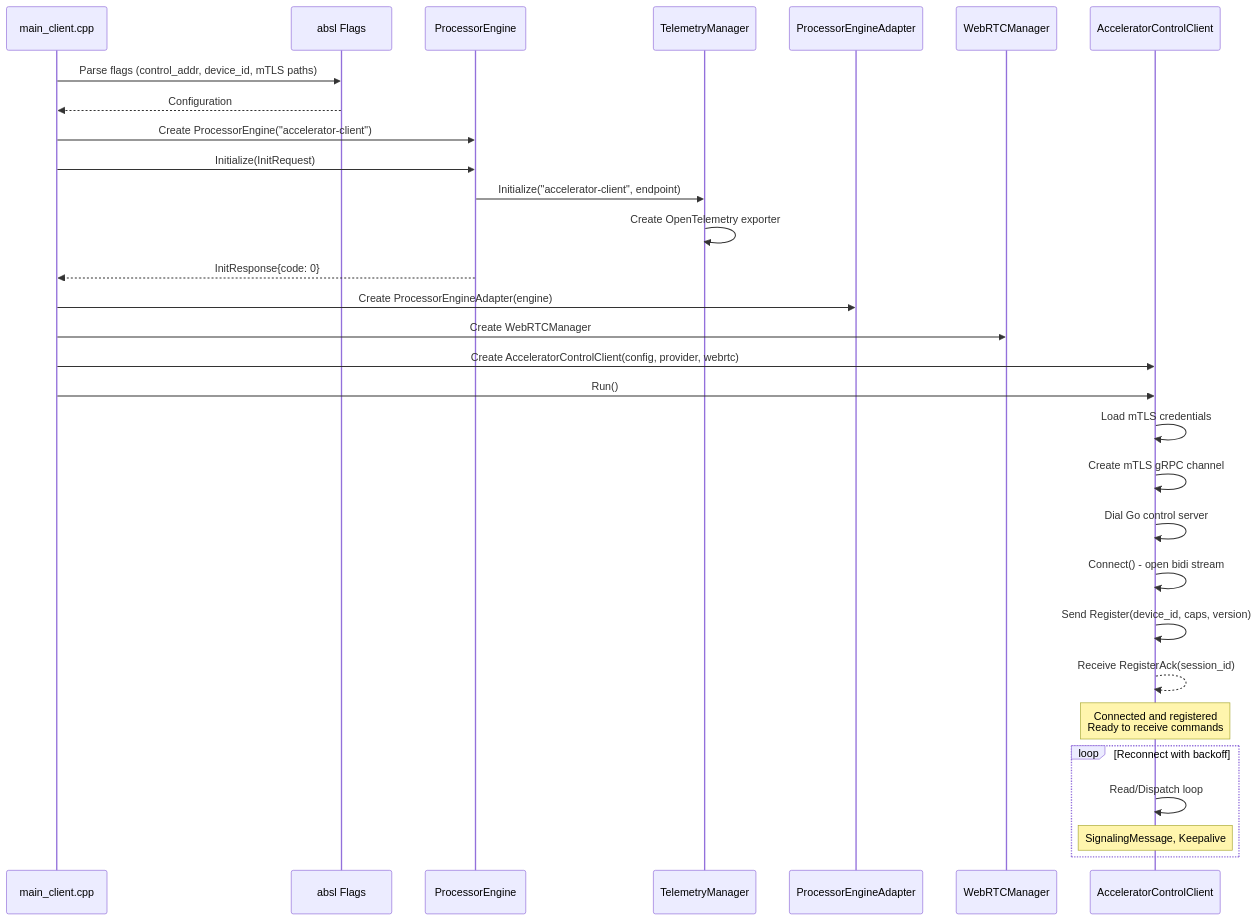
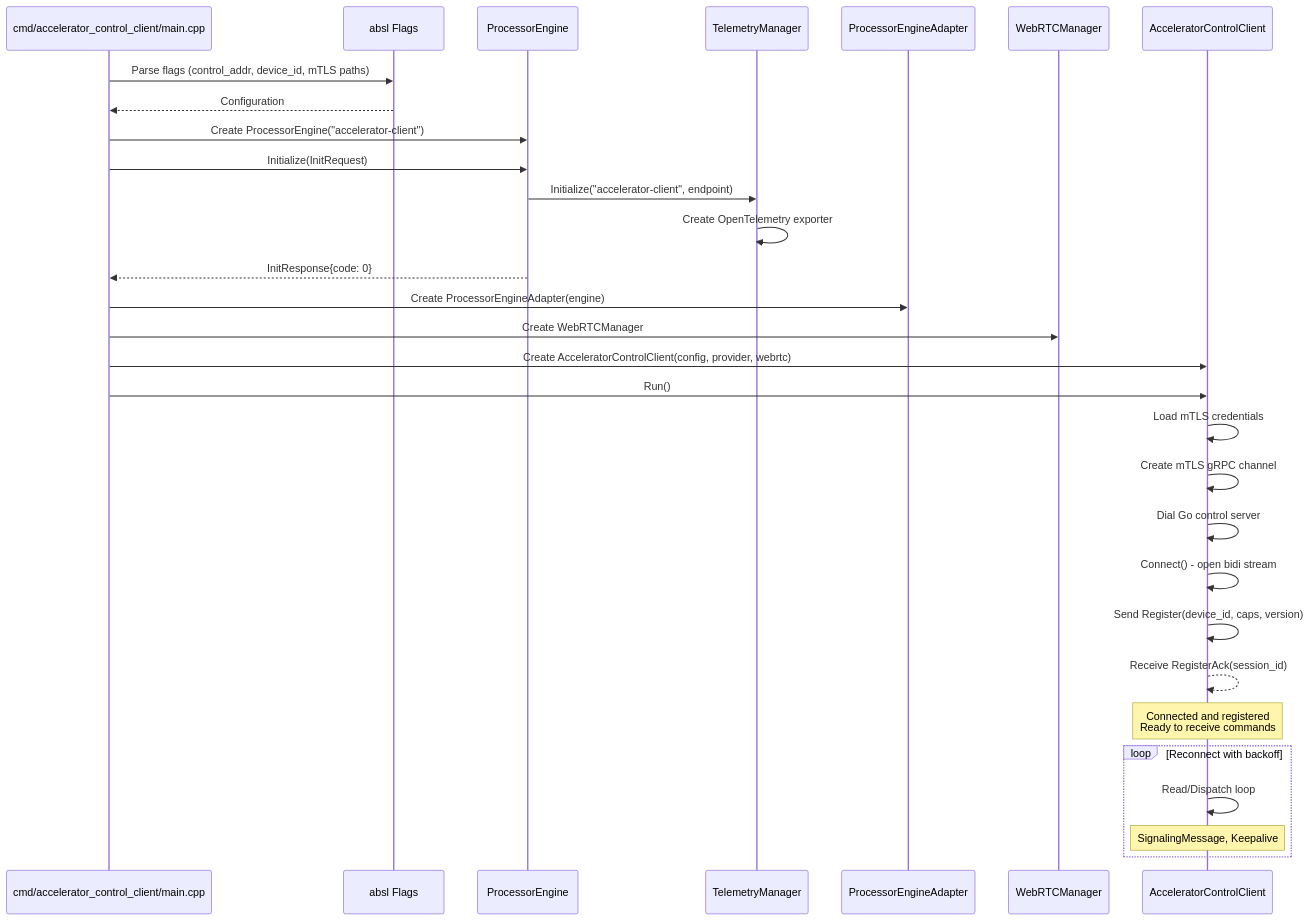
The third of 6 diagrams in src/cpp_accelerator/README.md (josnelihurt/learning-cuda), drawn with Mermaid before and after one commit. The commit also changed other lines of this file, not shown here.

````diff
--- a/src/cpp_accelerator/README.md
+++ b/src/cpp_accelerator/README.md
@@ -149,38 +156,38 @@
 ```mermaid
 sequenceDiagram
-    participant Main as main_client.cpp
+    participant Main as cmd/accelerator_control_client/main.cpp
     participant Flags as absl Flags
     participant Engine as ProcessorEngine
     participant TM as TelemetryManager
     participant Provider as ProcessorEngineAdapter
     participant WebRTC as WebRTCManager
     participant Client as AcceleratorControlClient
 
     Main->>Flags: Parse flags (control_addr, device_id, mTLS paths)
     Flags-->>Main: Configuration
 
     Main->>Engine: Create ProcessorEngine("accelerator-client")
     Main->>Engine: Initialize(InitRequest)
     Engine->>TM: Initialize("accelerator-client", endpoint)
     TM->>TM: Create OpenTelemetry exporter
     Engine-->>Main: InitResponse{code: 0}
 
     Main->>Provider: Create ProcessorEngineAdapter(engine)
     Main->>WebRTC: Create WebRTCManager
     Main->>Client: Create AcceleratorControlClient(config, provider, webrtc)
     Main->>Client: Run()
 
     Client->>Client: Load mTLS credentials
     Client->>Client: Create mTLS gRPC channel
     Client->>Client: Dial Go control server
     Client->>Client: Connect() - open bidi stream
     Client->>Client: Send Register(device_id, caps, version)
     Client-->>Client: Receive RegisterAck(session_id)
 
     Note over Client: Connected and registered<br/>Ready to receive commands
 
     loop Reconnect with backoff
         Client->>Client: Read/Dispatch loop
         Note over Client: SignalingMessage, Keepalive
     end
 ```
````
